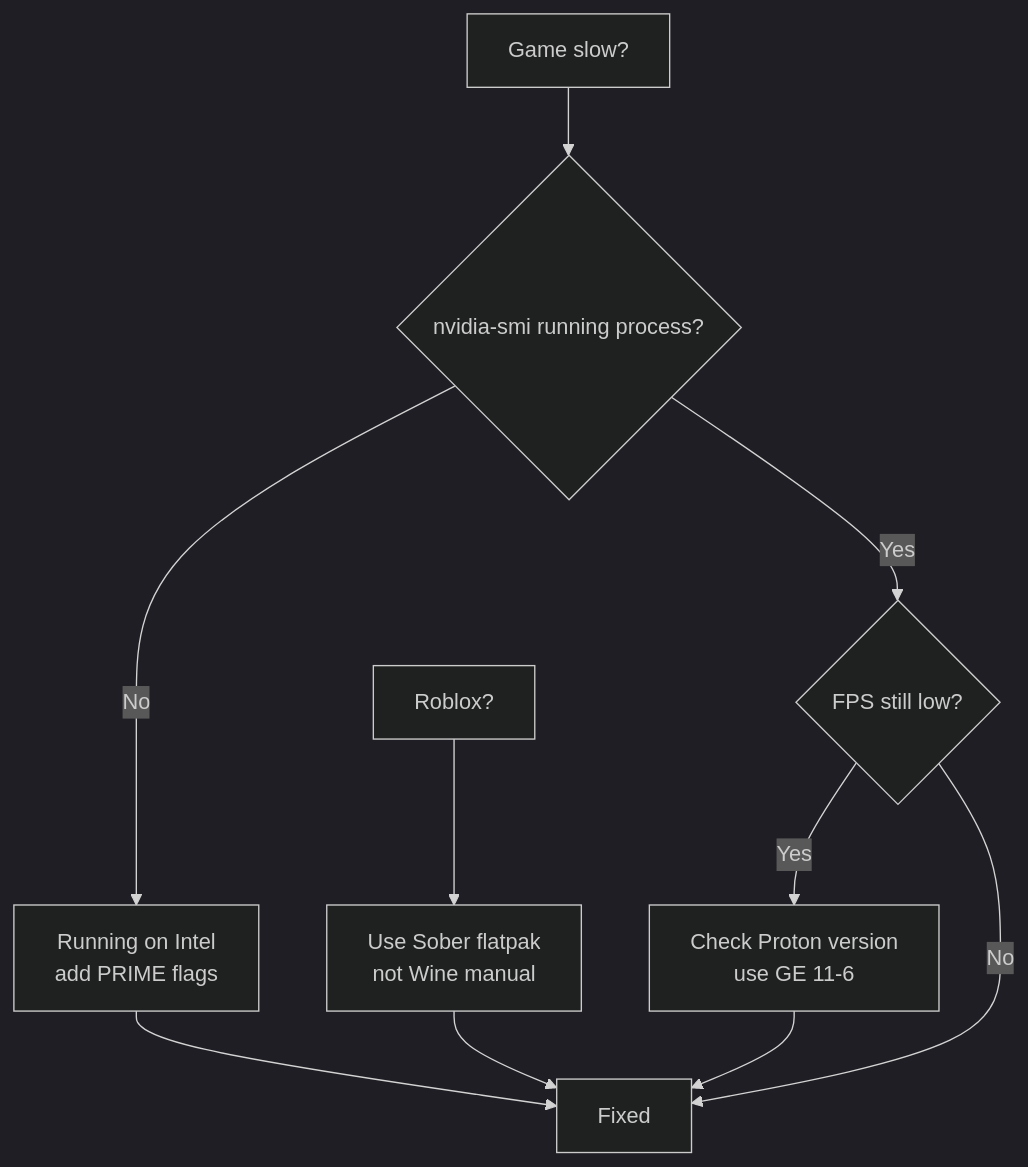
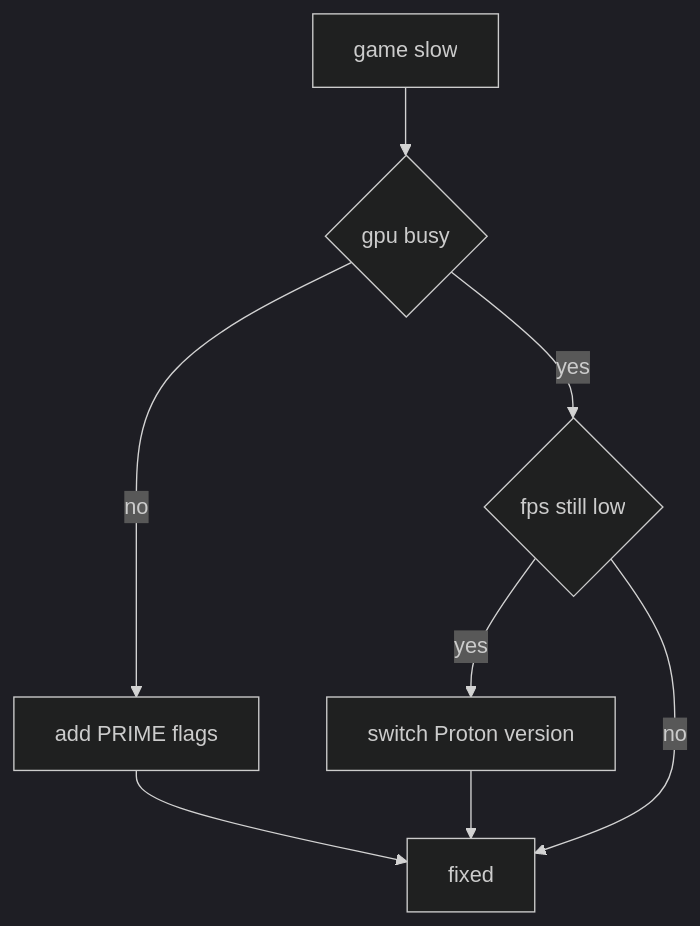
Diagram 13 of 32 in Graph-Web-Atlas.md (444Nazky/My-Vault), drawn with Mermaid (dark theme) before and after one commit. The commit also changed other lines of this file and 8 other files, not shown here.

````diff
--- a/Graph-Web-Atlas.md
+++ b/Graph-Web-Atlas.md
@@ -214,12 +251,10 @@
 ```mermaid
 flowchart TD
-    A[Game slow?] --> B{nvidia-smi running process?}
-    B -->|No| C[Running on Intel<br/>add PRIME flags]
-    B -->|Yes| D{FPS still low?}
-    D -->|Yes| E[Check Proton version<br/>use GE 11-6]
-    D -->|No| F[Fixed]
+    A["game slow"] --> B{"gpu busy"}
+    B -->|"no"| C["add PRIME flags"]
+    B -->|"yes"| D{"fps still low"}
+    D -->|"yes"| E["switch Proton version"]
+    D -->|"no"| F["fixed"]
     C --> F
     E --> F
-    G[Roblox?] --> H[Use Sober flatpak<br/>not Wine manual]
-    H --> F
 ```
````
